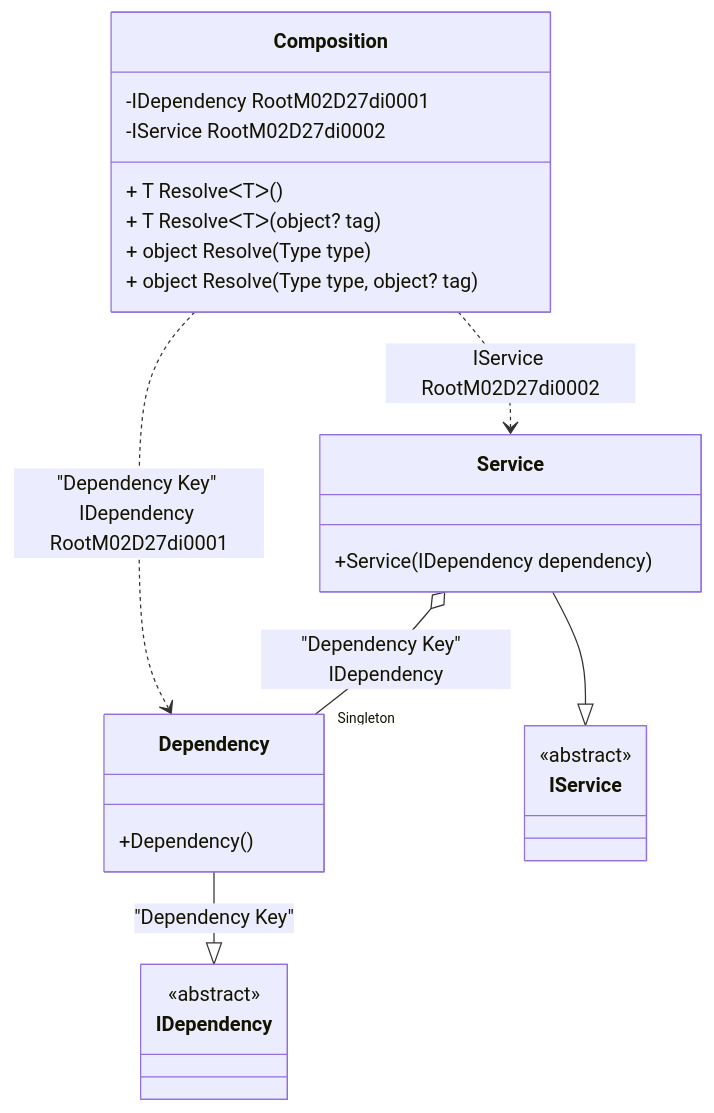
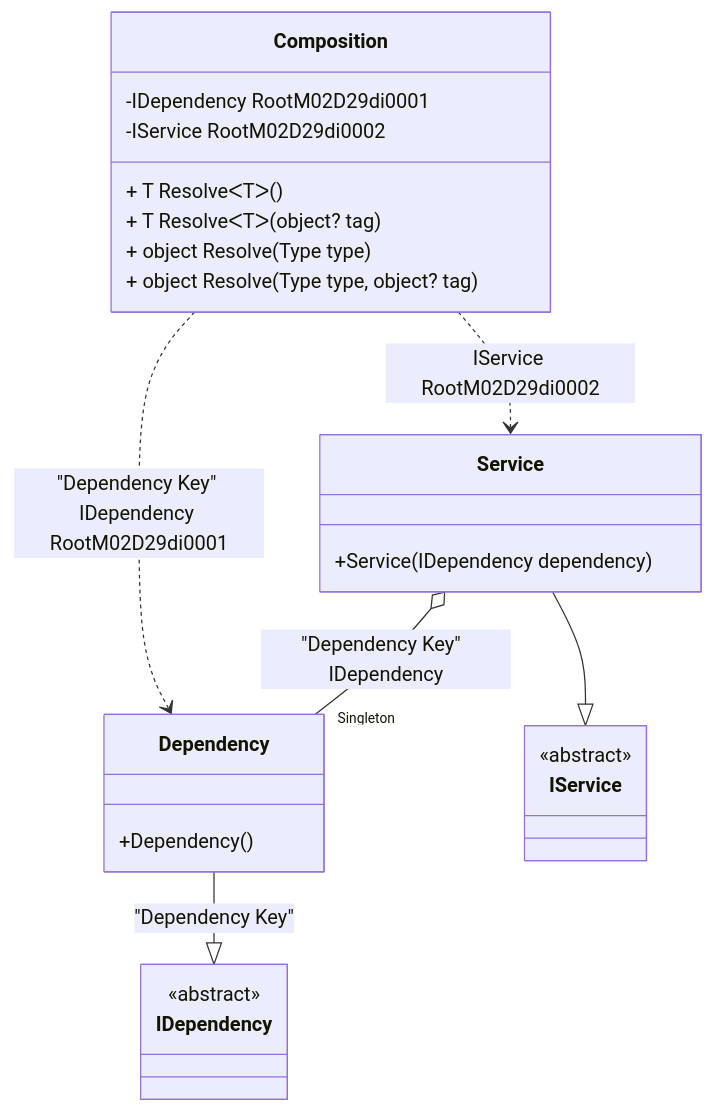
One commit to DevTeam/Pure.DI changed the diagram in readme/service-collection.md. Above: the diagram before and after it, drawn with Mermaid. The commit also changed other lines of this file and 68 other files, not shown here.

````diff
--- a/readme/service-collection.md
+++ b/readme/service-collection.md
@@ -47,28 +47,28 @@
 ```mermaid
 classDiagram
   class Composition {
-    -IDependency RootM02D27di0001
-    -IService RootM02D27di0002
+    -IDependency RootM02D29di0001
+    -IService RootM02D29di0002
     + T ResolveᐸTᐳ()
     + T ResolveᐸTᐳ(object? tag)
     + object Resolve(Type type)
     + object Resolve(Type type, object? tag)
   }
   Dependency --|> IDependency : "Dependency Key" 
   class Dependency {
     +Dependency()
   }
   Service --|> IService : 
   class Service {
     +Service(IDependency dependency)
   }
   class IDependency {
     <<abstract>>
   }
   class IService {
     <<abstract>>
   }
   Service o--  "Singleton" Dependency : "Dependency Key"  IDependency
-  Composition ..> Dependency : "Dependency Key" IDependency RootM02D27di0001
-  Composition ..> Service : IService RootM02D27di0002
+  Composition ..> Dependency : "Dependency Key" IDependency RootM02D29di0001
+  Composition ..> Service : IService RootM02D29di0002
 ```
````
